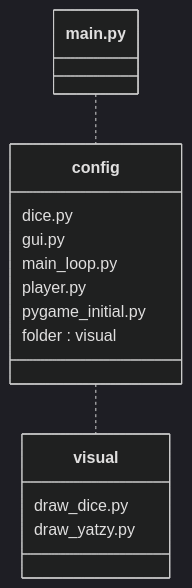
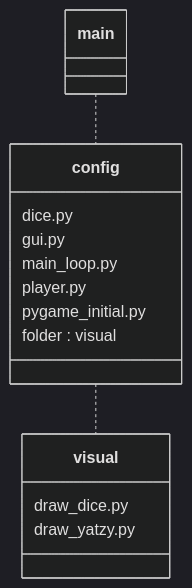
Before and after one commit to alumppio/ot-harjoitustyo: the diagram in dokumentaatio/arkkitehtuuri.md, drawn with Mermaid (dark theme).

Commit message:
arkkitehtuuri päivitetty

````diff
--- a/dokumentaatio/arkkitehtuuri.md
+++ b/dokumentaatio/arkkitehtuuri.md
@@ -7,19 +7,19 @@
 ```mermaid
     classDiagram
-        main.py .. config
+        main .. config
         config .. visual
 
         class config{
             dice.py
             gui.py
             main_loop.py
             player.py
             pygame_initial.py
             folder : visual
         }
 
         class visual{
             draw_dice.py
             draw_yatzy.py
         }
 ```
````
